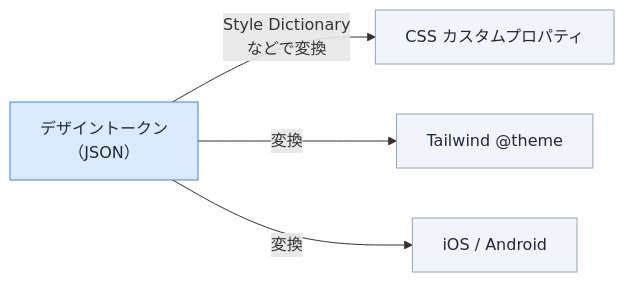
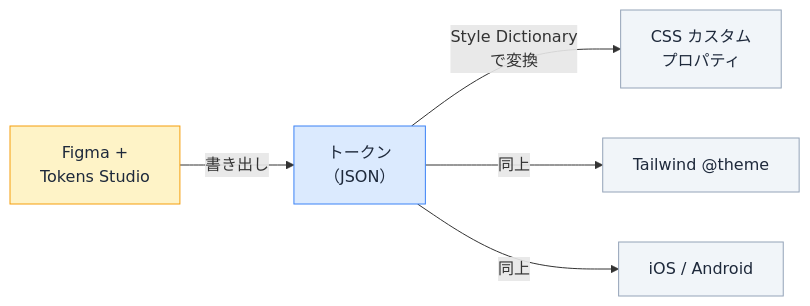
Before and after one commit to ozaki25/web-front-training-ozaki25: the second of 2 diagrams in docs/lessons/day20/index.md, drawn with Mermaid. The commit also changed other lines of this file, not shown here.

First line of the commit message:
docs(day20): Tokens Studio と Style Dictionary の連携を具体化

````diff
--- a/docs/lessons/day20/index.md
+++ b/docs/lessons/day20/index.md
@@ -475,10 +480,12 @@
 ```mermaid
 flowchart LR
-  A["デザイントークン<br>（JSON）"] -->|"Style Dictionary<br>などで変換"| B["CSS カスタムプロパティ"]
-  A -->|変換| C["Tailwind @theme"]
-  A -->|変換| D["iOS / Android"]
-  style A fill:#dbeafe,color:#1e293b,stroke:#3b82f6
+  F["Figma +<br>Tokens Studio"] -->|書き出し| J["トークン<br>（JSON）"]
+  J -->|Style Dictionary<br>で変換| B["CSS カスタム<br>プロパティ"]
+  J -->|同上| C["Tailwind @theme"]
+  J -->|同上| D["iOS / Android"]
+  style F fill:#fef3c7,color:#1e293b,stroke:#f59e0b
+  style J fill:#dbeafe,color:#1e293b,stroke:#3b82f6
   style B fill:#f1f5f9,color:#1e293b,stroke:#94a3b8
   style C fill:#f1f5f9,color:#1e293b,stroke:#94a3b8
   style D fill:#f1f5f9,color:#1e293b,stroke:#94a3b8
 ```
````
